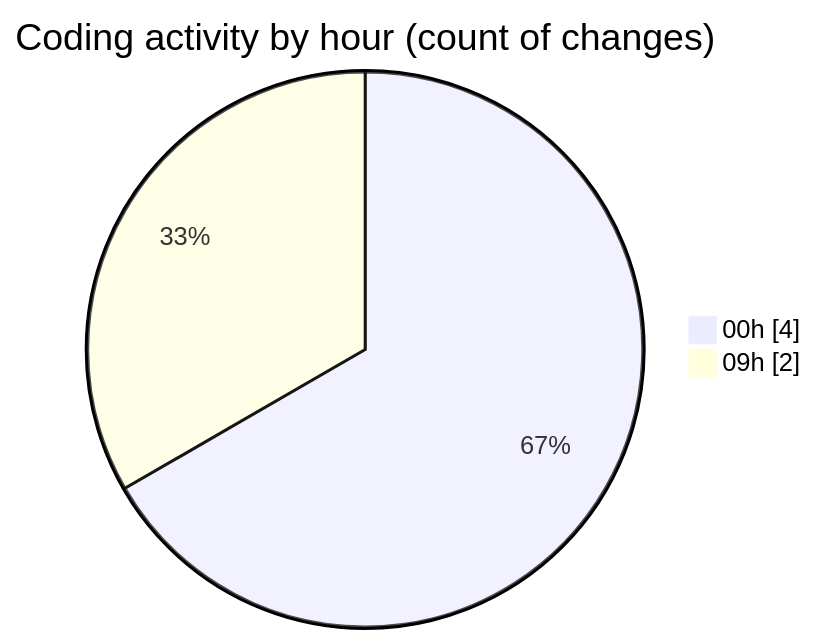
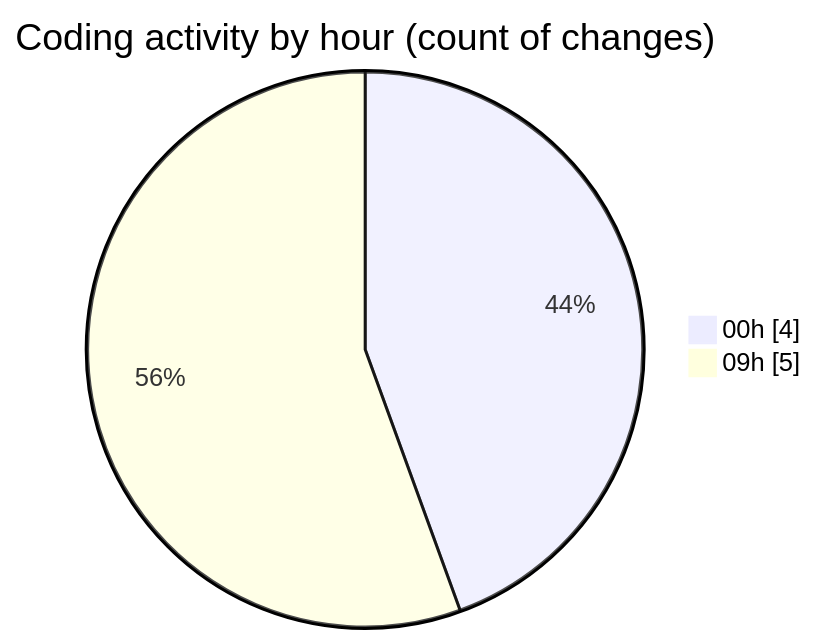
The second of 2 diagrams in 2025-11-06/cdp_aleoudev_fr__workspace_/README.md (julien-gomy/code-tracking), drawn with Mermaid before and after one commit. The commit also changed other lines of this file and 1 other file, not shown here.

````diff
--- a/2025-11-06/cdp_aleoudev_fr__workspace_/README.md
+++ b/2025-11-06/cdp_aleoudev_fr__workspace_/README.md
@@ -31,6 +33,6 @@
 ```mermaid
 pie showData
 title Coding activity by hour (count of changes)
 "00h" : 4
-"09h" : 2
+"09h" : 5
 ```
````
